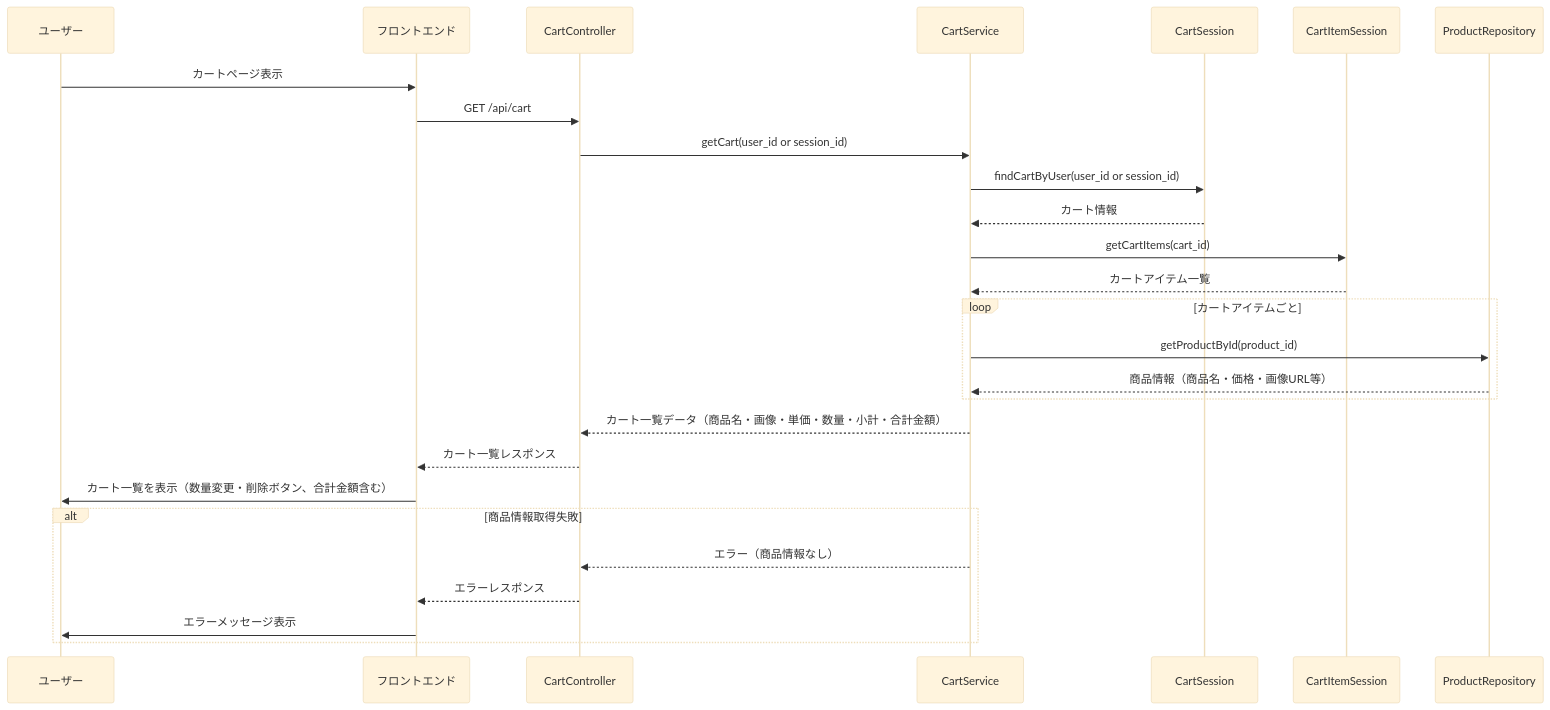
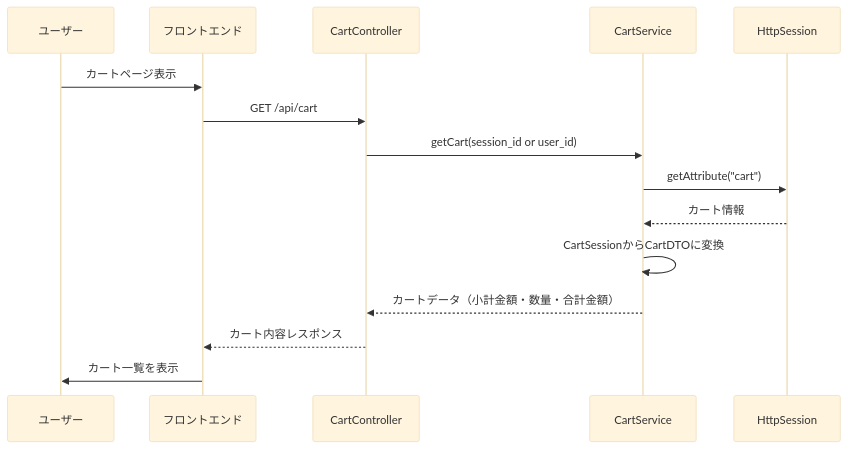
Before and after one commit to Aoi-Yaegashi/teamF: the fourth of 35 diagrams in 詳細設計/担当B_村田/3.2 機能詳細.md, drawn with Mermaid (base theme). The commit also changed other lines of this file and 1 other file, not shown here.

```diff
--- a/詳細設計/担当B_村田/3.2 機能詳細.md
+++ b/詳細設計/担当B_村田/3.2 機能詳細.md
@@ -133,49 +133,31 @@
 <div class="mermaid">
 sequenceDiagram
     participant User as ユーザー
     participant FE as フロントエンド
     participant CartC as CartController
     participant CartS as CartService
-    participant CartRepo as CartSession
-    participant CartItemRepo as CartItemSession
-    participant ProdRepo as ProductRepository
+    participant CartRepo as HttpSession
 
     %% ユーザーがカートページを表示
     User->>FE: カートページ表示
 
     %% フロントエンドがAPI呼び出し
     FE->>CartC: GET /api/cart
 
     %% コントローラがサービスに処理を依頼
-    CartC->>CartS: getCart(user_id or session_id)
-
-    %% サービスがカート情報を取得
-    CartS->>CartRepo: findCartByUser(user_id or session_id)
-    CartRepo-->>CartS: カート情報
-
-    %% サービスがカートアイテム一覧を取得
-    CartS->>CartItemRepo: getCartItems(cart_id)
-    CartItemRepo-->>CartS: カートアイテム一覧
+    CartC->>CartS: getCart(session_id or user_id)
 
     %% サービスが各カートアイテムの商品情報を取得
-    loop カートアイテムごと
-        CartS->>ProdRepo: getProductById(product_id)
-        ProdRepo-->>CartS: 商品情報（商品名・価格・画像URL等）
-    end
+    CartS->>CartRepo: getAttribute("cart")
+    CartRepo-->>CartS: カート情報
+    CartS->>CartS: CartSessionからCartDTOに変換
 
     %% サービスが小計・合計金額を計算し、一覧データを生成
-    CartS-->>CartC: カート一覧データ（商品名・画像・単価・数量・小計・合計金額）
+    CartS-->>CartC: カートデータ（小計金額・数量・合計金額）
 
     %% コントローラがフロントエンドに返却
-    CartC-->>FE: カート一覧レスポンス
+    CartC-->>FE: カート内容レスポンス
 
     %% フロントエンドが画面に反映
-    FE->>User: カート一覧を表示（数量変更・削除ボタン、合計金額含む）
-
-    %% 商品情報が取得できない場合
-    alt 商品情報取得失敗
-        CartS-->>CartC: エラー（商品情報なし）
-        CartC-->>FE: エラーレスポンス
-        FE->>User: エラーメッセージ表示
-    end
+    FE->>User: カート一覧を表示
 </div>
```
